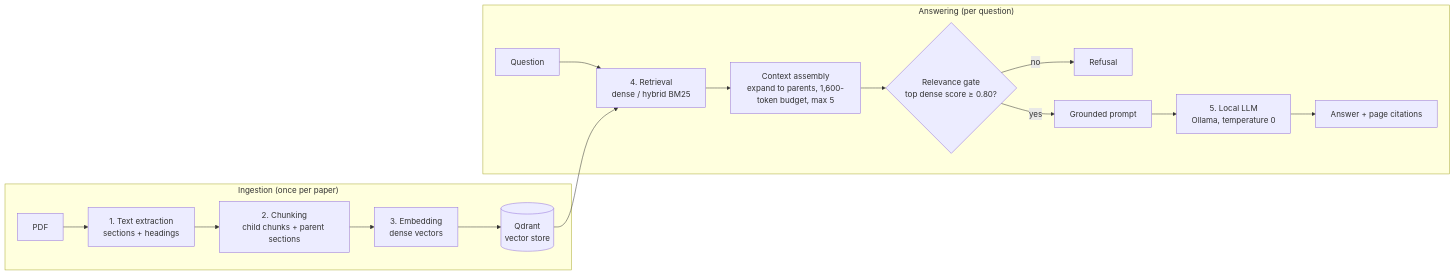
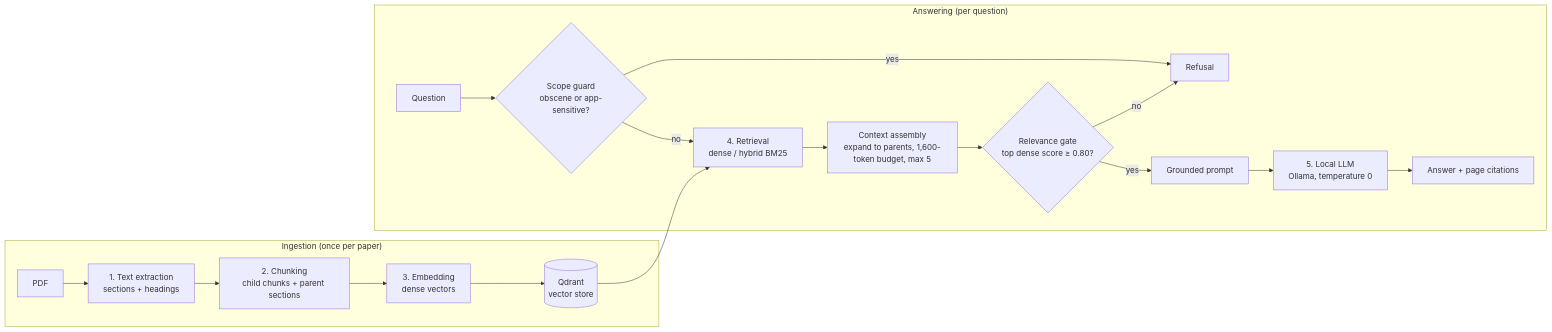
One commit to Scrowbin/science-document-viewer changed the first of 3 diagrams in reports/revalidation/progress_report_presentation.md. Above: the diagram before and after it, drawn with Mermaid. The commit also changed other lines of this file, not shown here.

````diff
--- a/reports/revalidation/progress_report_presentation.md
+++ b/reports/revalidation/progress_report_presentation.md
@@ -12,19 +23,21 @@
 ```mermaid
 flowchart LR
     subgraph Ingestion["Ingestion (once per paper)"]
         A[PDF] --> B[1. Text extraction<br/>sections + headings]
         B --> C[2. Chunking<br/>child chunks + parent sections]
         C --> D[3. Embedding<br/>dense vectors]
         D --> E[(Qdrant<br/>vector store)]
     end
     subgraph Answering["Answering (per question)"]
-        Q[Question] --> F[4. Retrieval<br/>dense / hybrid BM25]
+        Q[Question] --> S{Scope guard<br/>obscene or app-sensitive?}
+        S -- yes --> R
+        S -- no --> F[4. Retrieval<br/>dense / hybrid BM25]
         E --> F
         F --> G[Context assembly<br/>expand to parents, 1,600-token budget, max 5]
         G --> H{Relevance gate<br/>top dense score ≥ 0.80?}
         H -- no --> R[Refusal]
         H -- yes --> P[Grounded prompt]
         P --> L[5. Local LLM<br/>Ollama, temperature 0]
         L --> O[Answer + page citations]
     end
 ```
````
